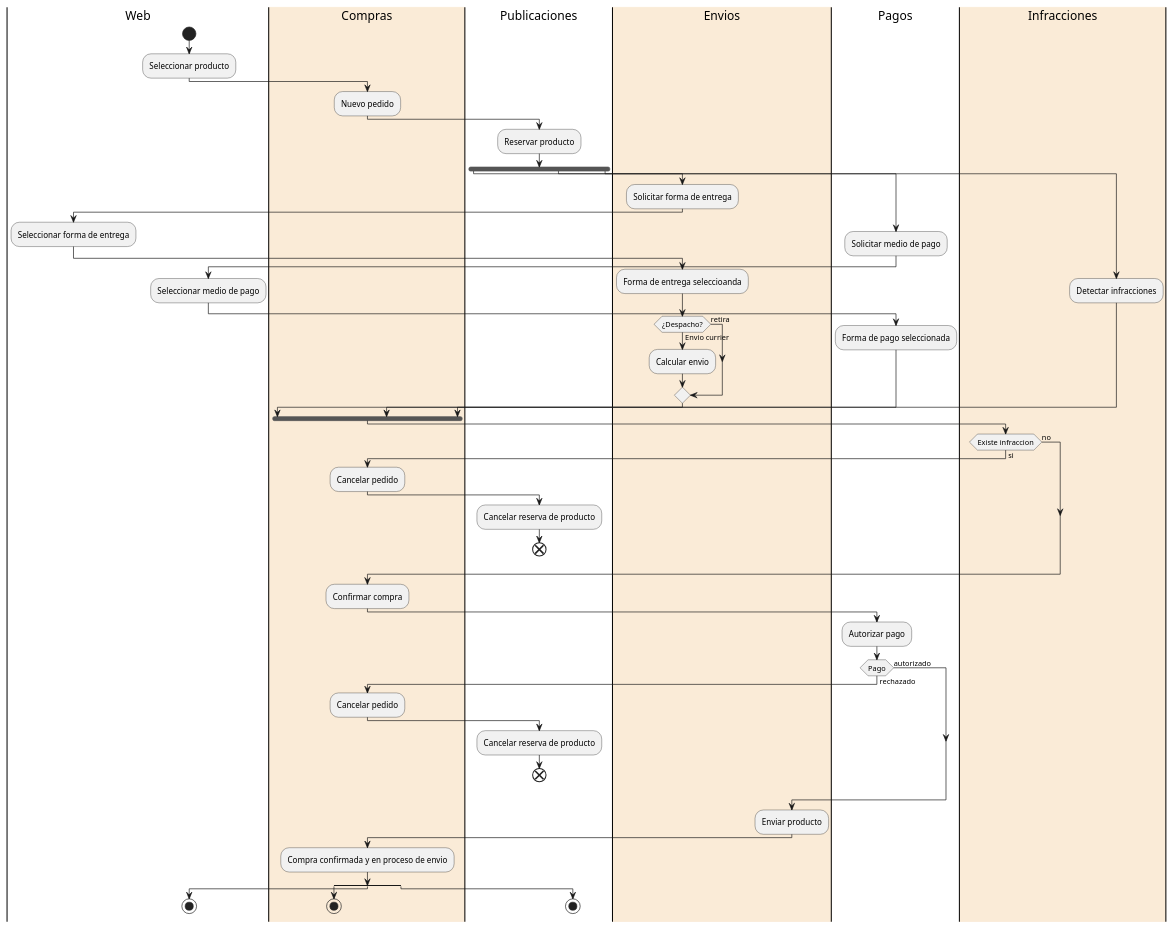
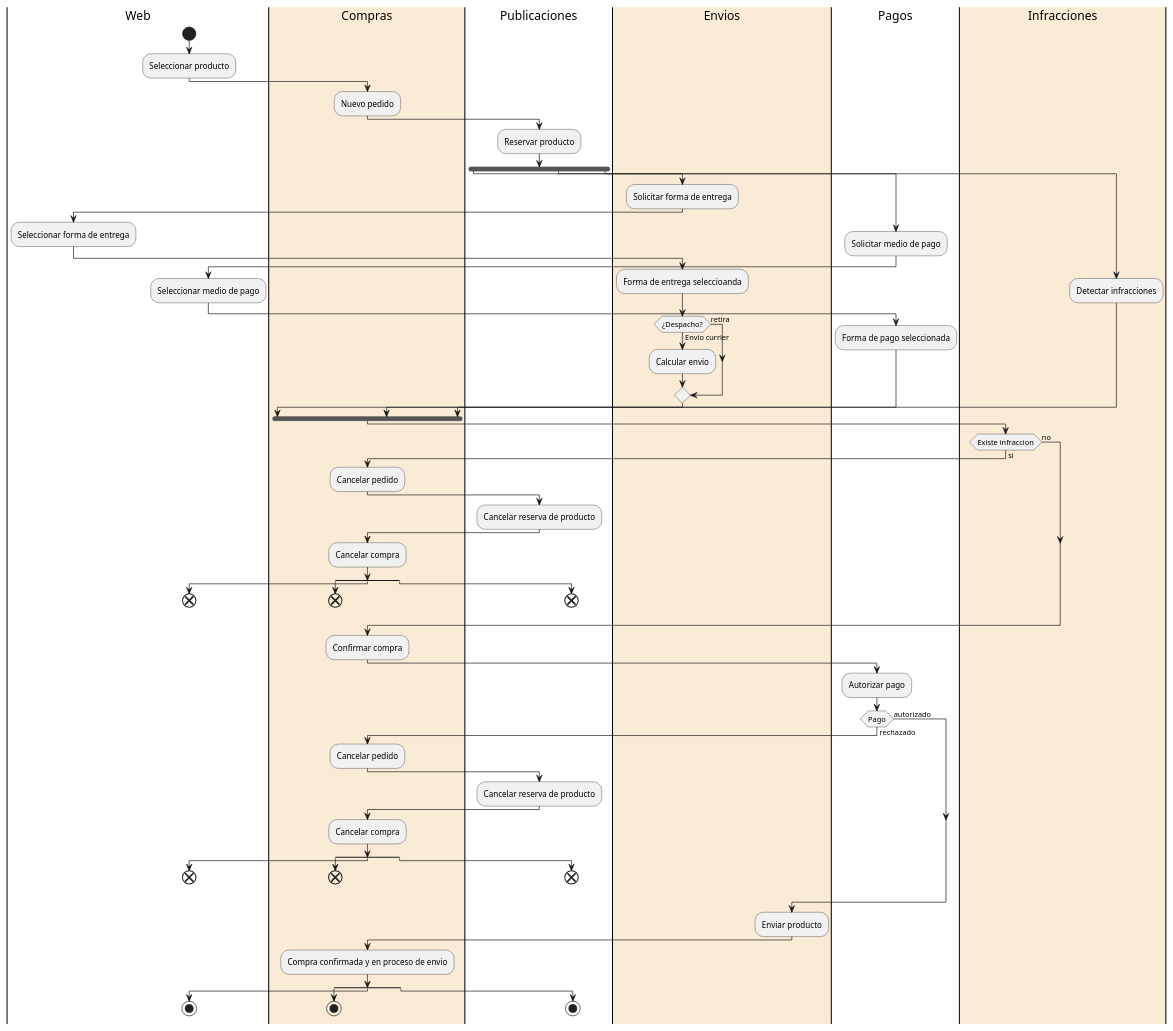
One commit to Ramiro1414/livre-markket changed the diagram in diagramas_de_actividades/workflow-livre-markket-servicios-paralelos-independientes.puml. Above: the diagram before and after it, drawn with PlantUML. The commit also changed 4 other files, not shown here.

Commit message:
ahora cuando una compra se cancela, se almacena tambien en web y publicaciones (ademas de compras) + cambios en el diagrama actividades

```diff
--- a/diagramas_de_actividades/workflow-livre-markket-servicios-paralelos-independientes.puml
+++ b/diagramas_de_actividades/workflow-livre-markket-servicios-paralelos-independientes.puml
@@ -1,68 +1,90 @@
 @startuml
 
 |Web|
 start
 :Seleccionar producto;
 |#AntiqueWhite|Compras|
 :Nuevo pedido;
 |Publicaciones|
 :Reservar producto;
 fork
   |#AntiqueWhite|Envios|
   :Solicitar forma de entrega;
   |Web|
   :Seleccionar forma de entrega;
   |Envios|
   :Forma de entrega seleccioanda;
   if (¿Despacho?) then (Envio currier)
       :Calcular envio;
   else (retira)
   endif
 fork again
   |Pagos|
   :Solicitar medio de pago;
   |Web|
   :Seleccionar medio de pago;
   |Pagos|
   :Forma de pago seleccionada;
 fork again
   |#AntiqueWhite|Infracciones|
   :Detectar infracciones;
   |Compras|
 end fork
 |Infracciones|
 if (Existe infraccion) then (si)
     |Compras|
     :Cancelar pedido;
     |Publicaciones|
     :Cancelar reserva de producto;
+    |Compras|
+    :Cancelar compra;
+    split
     end
+    split again
+    |Web|
+    end
+    split again
+    |Publicaciones|
+    end
+    endsplit
+
 else (no)
 endif
 |Compras|
 :Confirmar compra;
 |Pagos|
 :Autorizar pago;
 if (Pago) then (rechazado)
     |Compras|
     :Cancelar pedido;
     |Publicaciones|
     :Cancelar reserva de producto;
+    |Compras|
+    :Cancelar compra;
+    split
     end
+    split again
+    |Web|
+    end
+    split again
+    |Publicaciones|
+    end
+    endsplit
+
 else (autorizado)
 endif
 |Envios|
 :Enviar producto;
 |Compras|
 :Compra confirmada y en proceso de envio;
 split
   |Compras|
   stop
 split again
   |Web|
   stop
 split again
   |Publicaciones|
   stop
 endsplit
 @enduml
```
